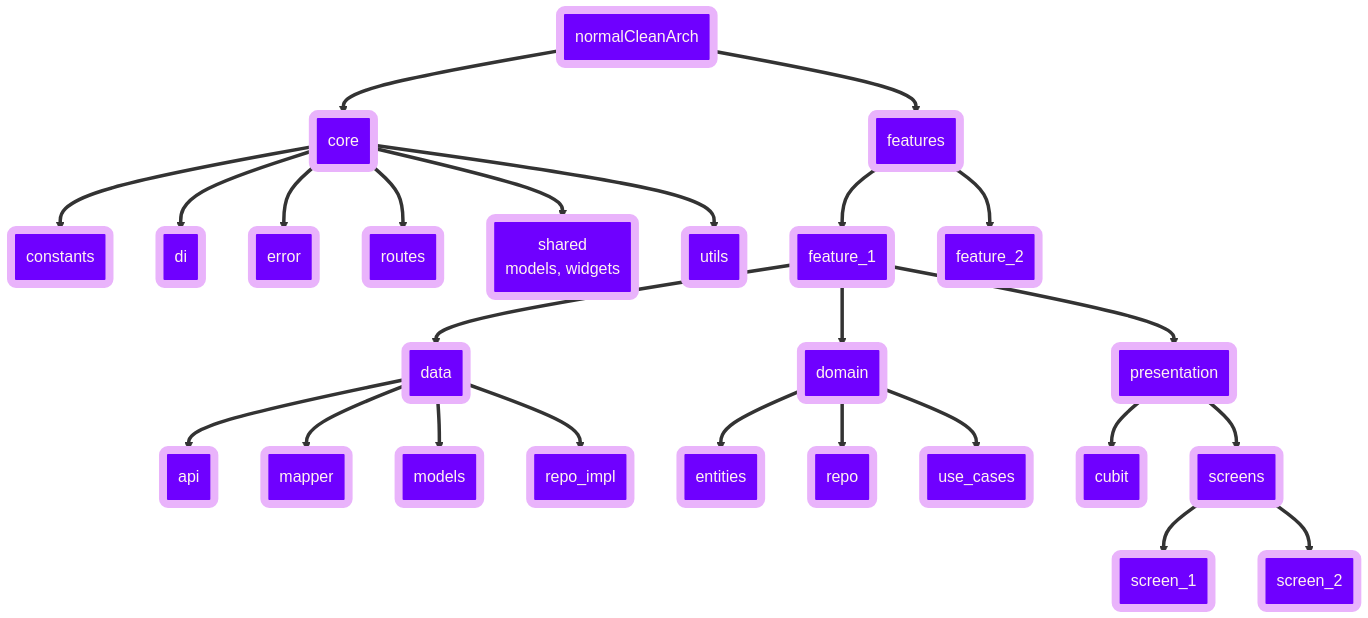
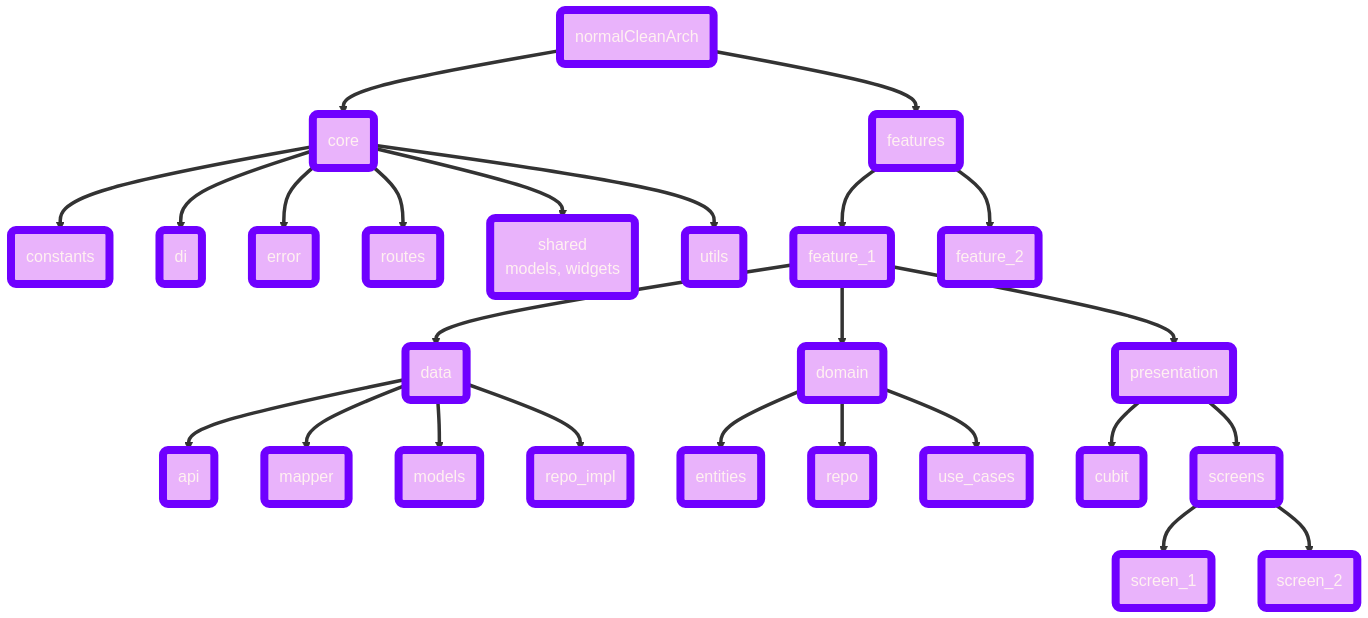
One commit to Mahm0udbakir/clean_arch changed the diagram in README.md. Above: the diagram before and after it, drawn with Mermaid.

Commit message:
Update class definition colors in README.md architecture diagram to a consistent light theme for improved visual coherence across core, features, and library components.

````diff
--- a/README.md
+++ b/README.md
@@ -5,36 +5,36 @@
 ```mermaid
 graph TD
     A(normalCleanArch) ==> B(core)
     A ==> C(features)
 
     B ==> B1(constants)
     B ==> B2(di)
     B ==> B3(error)
     B ==> B4(routes)
     B ==> B5("shared<br/>models, widgets")
     B ==> B6(utils)
 
     C ==> C1(feature_1)
     C1 ==> C1a(data)
     C1a ==> C1a1(api)
     C1a ==> C1a2(mapper)
     C1a ==> C1a3(models)
     C1a ==> C1a4(repo_impl)
     C1 ==> C1b(domain)
     C1b ==> C1b1(entities)
     C1b ==> C1b2(repo)
     C1b ==> C1b3(use_cases)
     C1 ==> C1c(presentation)
     C1c ==> C1c1(cubit)
     C1c ==> C1c2(screens)
     C1c2 ==> C1c2a(screen_1)
     C1c2 ==> C1c2b(screen_2)
 
     C ==> C2(feature_2)
 
-    classDef core fill:#6F00FF,stroke:#E9B3FB,stroke-width:8px,color:#FFF1F1;
-    classDef features fill:#6F00FF,stroke:#E9B3FB,stroke-width:8px,color:#FFF1F1;
-    classDef lib fill:#6F00FF,stroke:#E9B3FB,stroke-width:8px,color:#FFF1F1;
+    classDef core fill:#E9B3FB,stroke:#6F00FF,stroke-width:8px,color:#FFF1F1;
+    classDef features fill:#E9B3FB,stroke:#6F00FF,stroke-width:8px,color:#FFF1F1;
+    classDef lib fill:#E9B3FB,stroke:#6F00FF,stroke-width:8px,color:#FFF1F1;
     class A,B,B1,B2,B3,B4,B5,B6 core;
     class C,C1,C1a,C1a1,C1a2,C1a3,C1a4,C1b,C1b1,C1b2,C1b3,C1c,C1c1,C1c2,C1c2a,C1c2b,C2 features;
 ```
````
